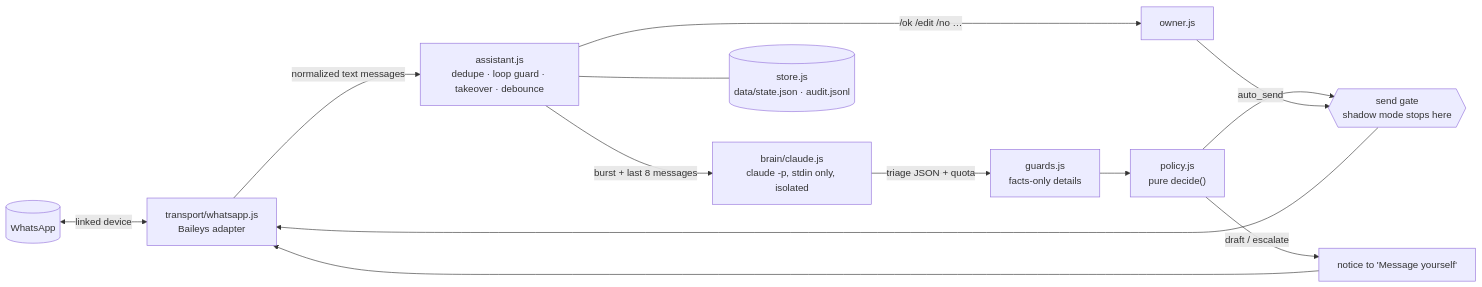
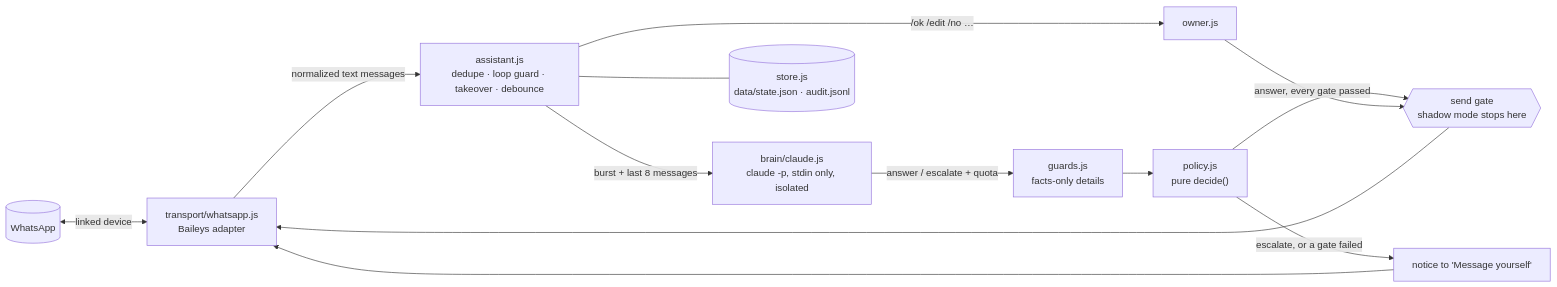
One commit to dolphinigle/wa-claude-assistant changed the diagram in README.md. Above: the diagram before and after it, drawn with Mermaid. The commit also changed other lines of this file and 22 other files, not shown here.

First line of the commit message:
feat(triage): make the decision binary, answer or escalate

````diff
--- a/README.md
+++ b/README.md
@@ -43,15 +41,15 @@
 ```mermaid
 flowchart LR
   WA[("WhatsApp")] <-->|linked device| T["transport/whatsapp.js<br/>Baileys adapter"]
   T -->|normalized text messages| A["assistant.js<br/>dedupe · loop guard · takeover · debounce"]
   A -->|"burst + last 8 messages"| B["brain/claude.js<br/>claude -p, stdin only, isolated"]
-  B -->|"triage JSON + quota"| G["guards.js<br/>facts-only details"]
+  B -->|"answer / escalate + quota"| G["guards.js<br/>facts-only details"]
   G --> P["policy.js<br/>pure decide()"]
-  P -->|auto_send| S{{"send gate<br/>shadow mode stops here"}}
-  P -->|draft / escalate| N["notice to 'Message yourself'"]
+  P -->|"answer, every gate passed"| S{{"send gate<br/>shadow mode stops here"}}
+  P -->|"escalate, or a gate failed"| N["notice to 'Message yourself'"]
   A -->|"/ok /edit /no …"| O["owner.js"]
   O --> S
   S --> T
   N --> T
   A --- ST[("store.js<br/>data/state.json · audit.jsonl")]
 ```
````
